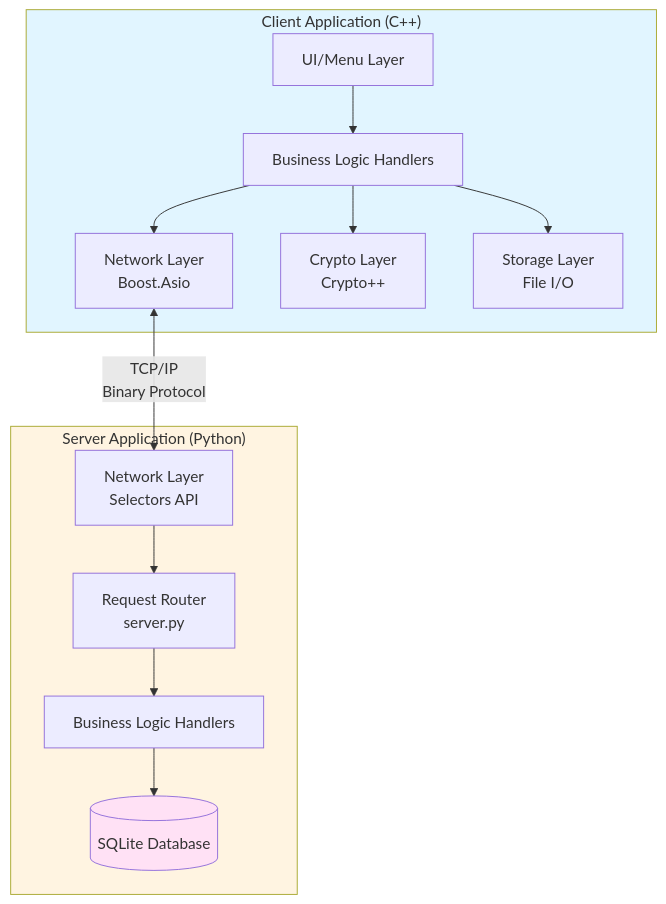
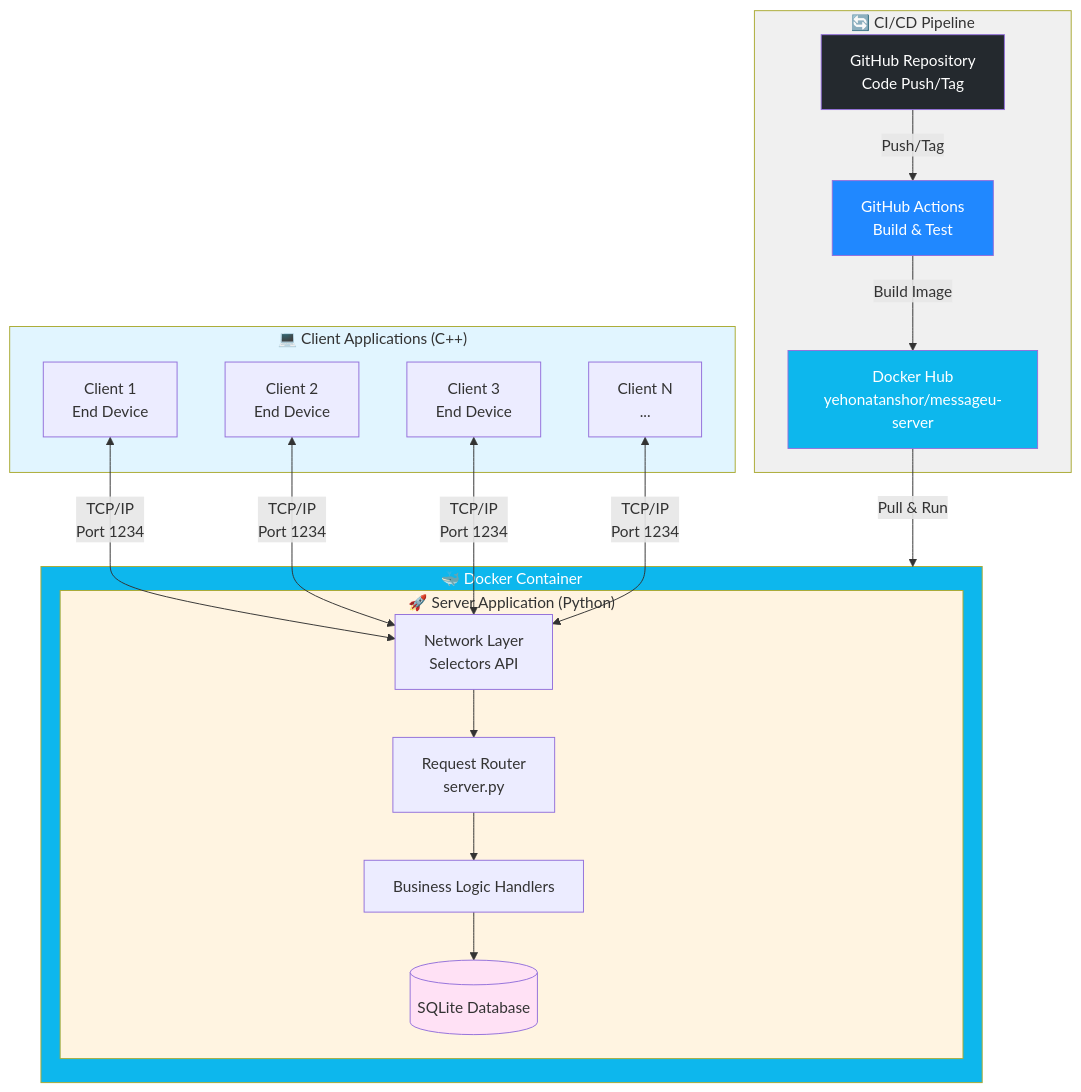
Before and after one commit to YehonatanShor/MessageU-Secure-Messaging-System: the first of 21 diagrams in SYSTEM_FLOW.md, drawn with Mermaid.

Commit message:
Updating the System Architecture Overview in the SYSTEM_FLOW.md file

````diff
--- a/SYSTEM_FLOW.md
+++ b/SYSTEM_FLOW.md
@@ -26,30 +26,46 @@
 ```mermaid
 graph TB
-    subgraph Client["Client Application (C++)"]
-        UI[UI/Menu Layer]
-        Handlers[Business Logic Handlers]
-        Network[Network Layer<br/>Boost.Asio]
-        Crypto[Crypto Layer<br/>Crypto++]
-        Storage[Storage Layer<br/>File I/O]
+    subgraph CI_CD["🔄 CI/CD Pipeline"]
+        GitHub[GitHub Repository<br/>Code Push/Tag]
+        Actions[GitHub Actions<br/>Build & Test]
+        DockerHub[Docker Hub<br/>yehonatanshor/messageu-server]
     end
 
-    subgraph Server["Server Application (Python)"]
-        ServerNetwork[Network Layer<br/>Selectors API]
-        RequestRouter[Request Router<br/>server.py]
-        HandlersServer[Business Logic Handlers]
-        Database[(SQLite Database)]
+    subgraph DockerContainer["🐳 Docker Container"]
+        subgraph Server["🚀 Server Application (Python)"]
+            ServerNetwork[Network Layer<br/>Selectors API]
+            RequestRouter[Request Router<br/>server.py]
+            HandlersServer[Business Logic Handlers]
+            Database[(SQLite Database)]
+        end
     end
 
-    UI --> Handlers
-    Handlers --> Network
-    Handlers --> Crypto
-    Handlers --> Storage
-    Network <-->|TCP/IP<br/>Binary Protocol| ServerNetwork
+    subgraph Clients["💻 Client Applications (C++)"]
+        Client1[Client 1<br/>End Device]
+        Client2[Client 2<br/>End Device]
+        Client3[Client 3<br/>End Device]
+        ClientN[Client N<br/>...]
+    end
+
+    GitHub -->|Push/Tag| Actions
+    Actions -->|Build Image| DockerHub
+    DockerHub -->|Pull & Run| DockerContainer
+
+    Client1 <-->|TCP/IP<br/>Port 1234| ServerNetwork
+    Client2 <-->|TCP/IP<br/>Port 1234| ServerNetwork
+    Client3 <-->|TCP/IP<br/>Port 1234| ServerNetwork
+    ClientN <-->|TCP/IP<br/>Port 1234| ServerNetwork
+
     ServerNetwork --> RequestRouter
     RequestRouter --> HandlersServer
     HandlersServer --> Database
 
-    style Client fill:#e1f5ff
+    style DockerContainer fill:#0db7ed,color:#fff
     style Server fill:#fff4e1
     style Database fill:#ffe1f5
+    style Clients fill:#e1f5ff
+    style CI_CD fill:#f0f0f0
+    style GitHub fill:#24292e,color:#fff
+    style Actions fill:#2088ff,color:#fff
+    style DockerHub fill:#0db7ed,color:#fff
 ```
````
